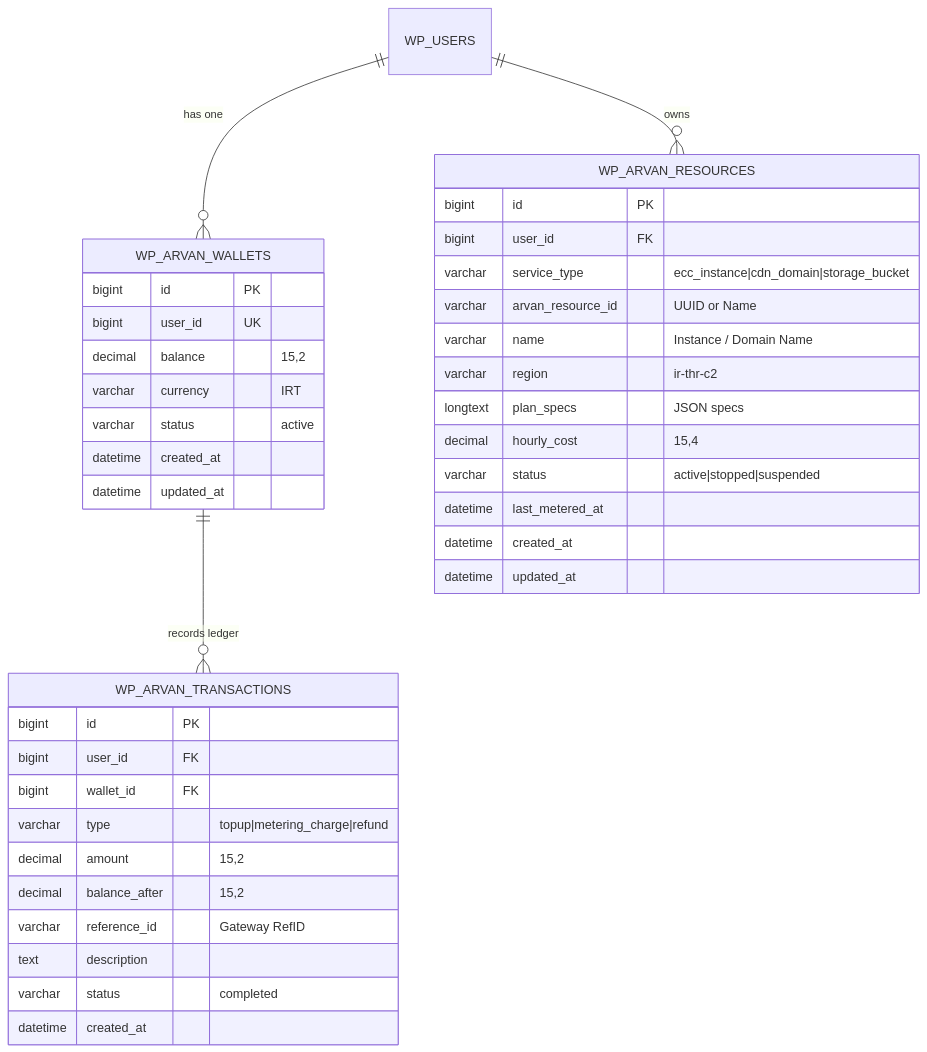
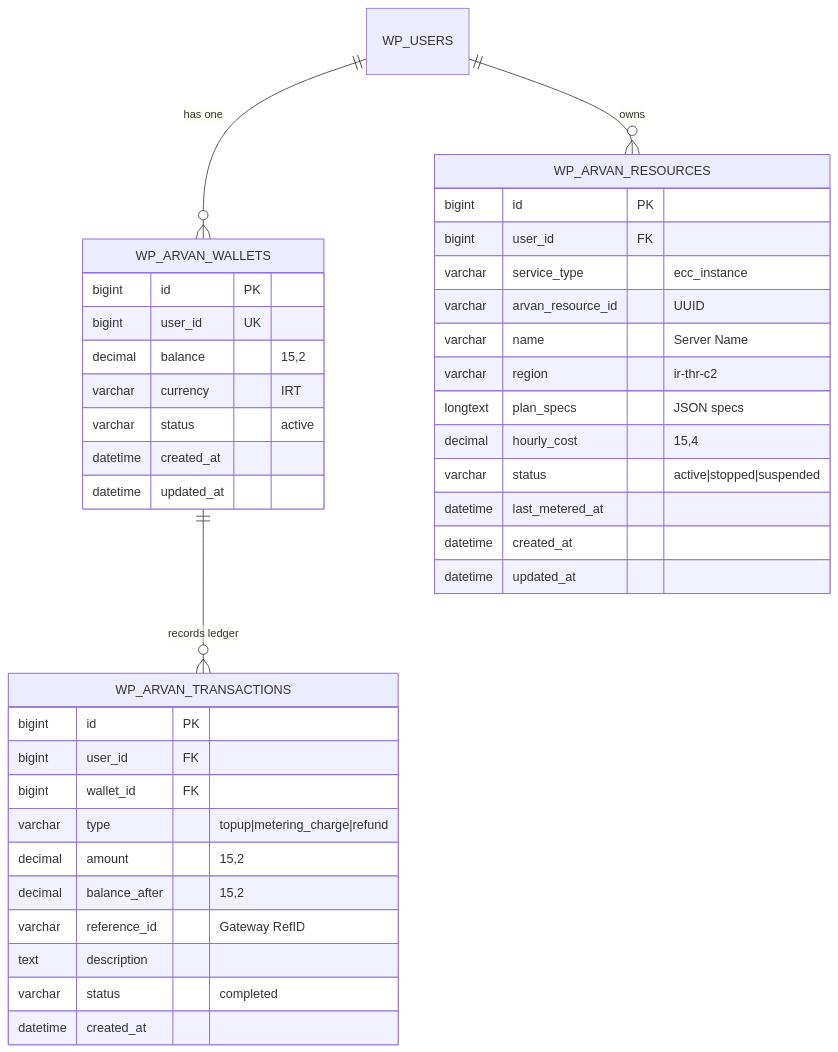
Before and after one commit to ARUSH221617/arv-seller: the second of 2 diagrams in docs/PRD.md, drawn with Mermaid. The commit also changed other lines of this file and 43 other files, not shown here.

````diff
--- a/docs/PRD.md
+++ b/docs/PRD.md
@@ -406,44 +356,44 @@
 ```mermaid
 erDiagram
     WP_USERS ||--o{ WP_ARVAN_WALLETS : "has one"
     WP_ARVAN_WALLETS ||--o{ WP_ARVAN_TRANSACTIONS : "records ledger"
     WP_USERS ||--o{ WP_ARVAN_RESOURCES : "owns"
     
     WP_ARVAN_WALLETS {
         bigint id PK
         bigint user_id UK
         decimal balance "15,2"
         varchar currency "IRT"
         varchar status "active"
         datetime created_at
         datetime updated_at
     }
     
     WP_ARVAN_TRANSACTIONS {
         bigint id PK
         bigint user_id FK
         bigint wallet_id FK
         varchar type "topup|metering_charge|refund"
         decimal amount "15,2"
         decimal balance_after "15,2"
         varchar reference_id "Gateway RefID"
         text description
         varchar status "completed"
         datetime created_at
     }
     
     WP_ARVAN_RESOURCES {
         bigint id PK
         bigint user_id FK
-        varchar service_type "ecc_instance|cdn_domain|storage_bucket"
-        varchar arvan_resource_id "UUID or Name"
-        varchar name "Instance / Domain Name"
+        varchar service_type "ecc_instance"
+        varchar arvan_resource_id "UUID"
+        varchar name "Server Name"
         varchar region "ir-thr-c2"
         longtext plan_specs "JSON specs"
         decimal hourly_cost "15,4"
         varchar status "active|stopped|suspended"
         datetime last_metered_at
         datetime created_at
         datetime updated_at
     }
 ```
````
